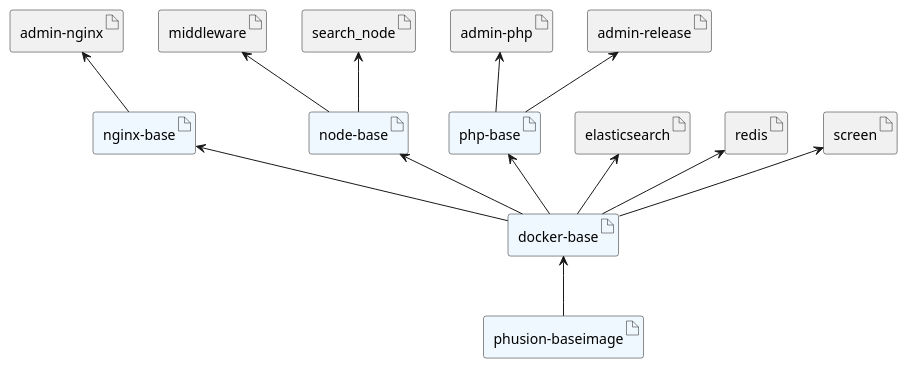
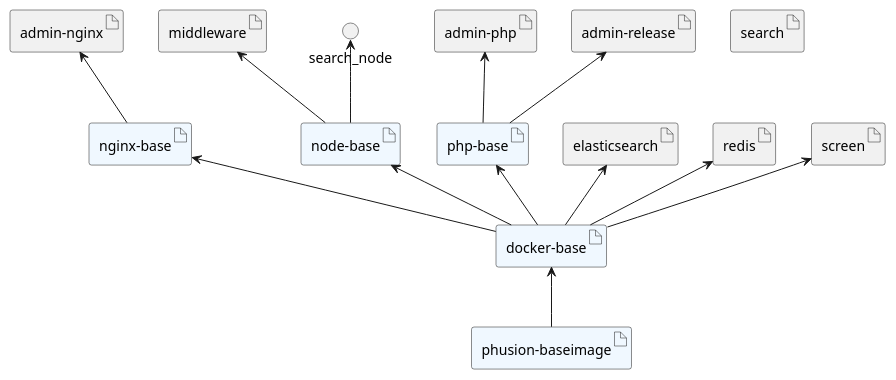
The diagram in documentation/diagrams/image-hierarchy.plantuml (rvk-utd/os2display-docker), drawn with PlantUML before and after one commit. The commit also changed 33 other files, not shown here.

```diff
--- a/documentation/diagrams/image-hierarchy.plantuml
+++ b/documentation/diagrams/image-hierarchy.plantuml
@@ -1,31 +1,31 @@
 @startuml
 
 artifact phusion_baseimage as "phusion-baseimage" #AliceBlue
 artifact docker_base as "docker-base" #AliceBlue
 artifact nginx_base as "nginx-base"  #AliceBlue
 artifact node_base as "node-base" #AliceBlue
 artifact php_base as "php-base" #AliceBlue
 artifact admin_nginx as "admin-nginx"
 artifact admin_php as "admin-php"
 artifact admin_release as "admin-release"
 artifact elasticsearch
 artifact middleware
 artifact redis
-artifact search_node
+artifact search
 artifact screen
 
 docker_base <-- phusion_baseimage
 nginx_base <-- docker_base
 node_base <-- docker_base
 php_base <-- docker_base
 
 screen <-- docker_base
 admin_nginx <-- nginx_base
 admin_php <-- php_base
 elasticsearch <-- docker_base
 search_node <-- node_base
 middleware <-- node_base
 admin_release <-- php_base
 redis <-- docker_base
 
 @enduml
```
